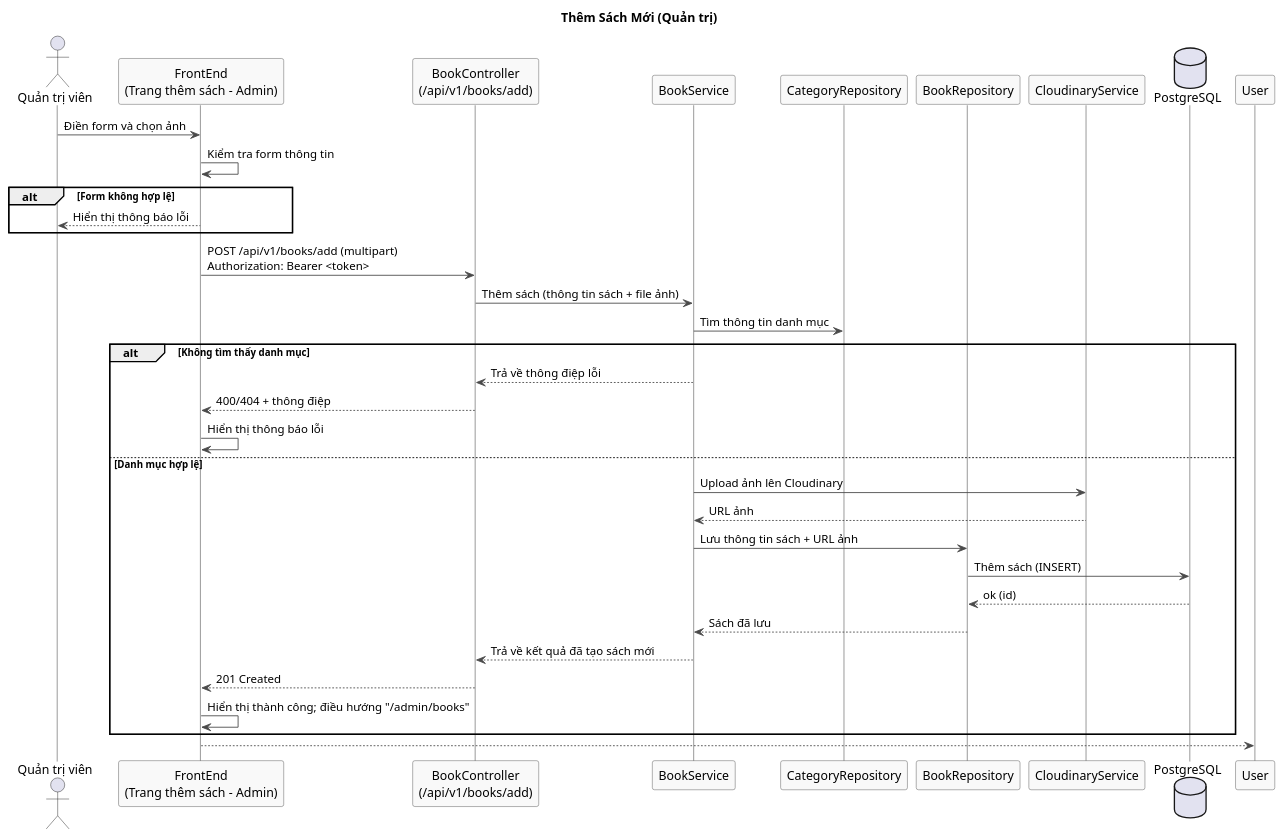
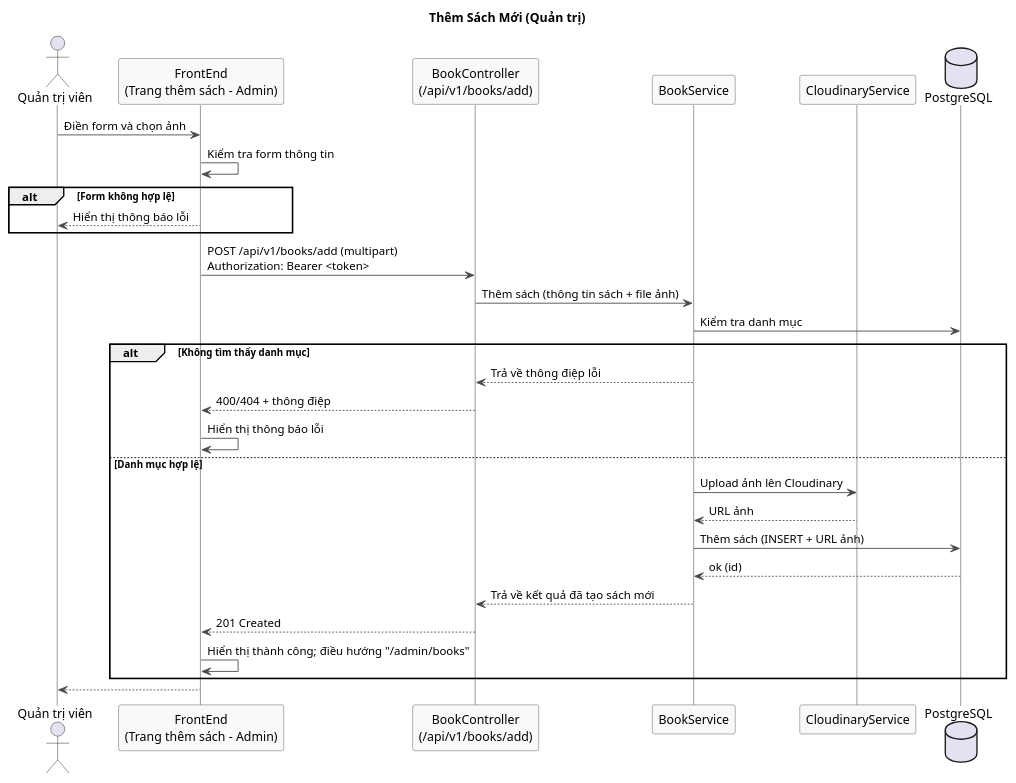
Before and after one commit to B5u2423/Bookstore-Website: the diagram in docs/diagrams/architecture/sequence-add-book-vn.puml, drawn with PlantUML.

Commit message:
Update add book

```diff
--- a/docs/diagrams/architecture/sequence-add-book-vn.puml
+++ b/docs/diagrams/architecture/sequence-add-book-vn.puml
@@ -1,47 +1,42 @@
-@startuml seq_add_book
+@startuml seq_addbook
 skinparam ArrowColor #4a4a4a
 skinparam ParticipantBorderColor #4a4a4a
 skinparam ParticipantBackgroundColor #f9f9f9
 skinparam sequenceArrowThickness 1
 skinparam lifelineStrategy solid
 skinparam shadowing false
 
 title Thêm Sách Mới (Quản trị)
 
 actor "Quản trị viên" as Admin
 participant "FrontEnd\n(Trang thêm sách - Admin)" as FE
 participant "BookController\n(/api/v1/books/add)" as Ctrl
 participant "BookService" as Service
-participant "CategoryRepository" as CategoryRepo
-participant "BookRepository" as BookRepo
 participant "CloudinaryService" as Cloudinary
 database "PostgreSQL" as PG
 
 Admin -> FE: Điền form và chọn ảnh
 FE -> FE: Kiểm tra form thông tin
 alt Form không hợp lệ
   FE --> Admin: Hiển thị thông báo lỗi
 end
 
 FE -> Ctrl: POST /api/v1/books/add (multipart)\nAuthorization: Bearer <token>
 Ctrl -> Service: Thêm sách (thông tin sách + file ảnh)
-Service -> CategoryRepo: Tìm thông tin danh mục
+Service -> PG: Kiểm tra danh mục
 alt Không tìm thấy danh mục
   Service --> Ctrl: Trả về thông điệp lỗi
   Ctrl --> FE: 400/404 + thông điệp
   FE -> FE: Hiển thị thông báo lỗi
 else Danh mục hợp lệ
   Service -> Cloudinary: Upload ảnh lên Cloudinary
   Cloudinary --> Service: URL ảnh
-  Service -> BookRepo: Lưu thông tin sách + URL ảnh
-  BookRepo -> PG: Thêm sách (INSERT)
-  PG --> BookRepo: ok (id)
-  BookRepo --> Service: Sách đã lưu
+  Service -> PG: Thêm sách (INSERT + URL ảnh)
+  PG --> Service: ok (id)
   Service --> Ctrl: Trả về kết quả đã tạo sách mới
   Ctrl --> FE: 201 Created
   FE -> FE: Hiển thị thành công; điều hướng "/admin/books"
 end
 
-FE --> User
-
-@endum
+FE --> Admin
+@enduml
```
